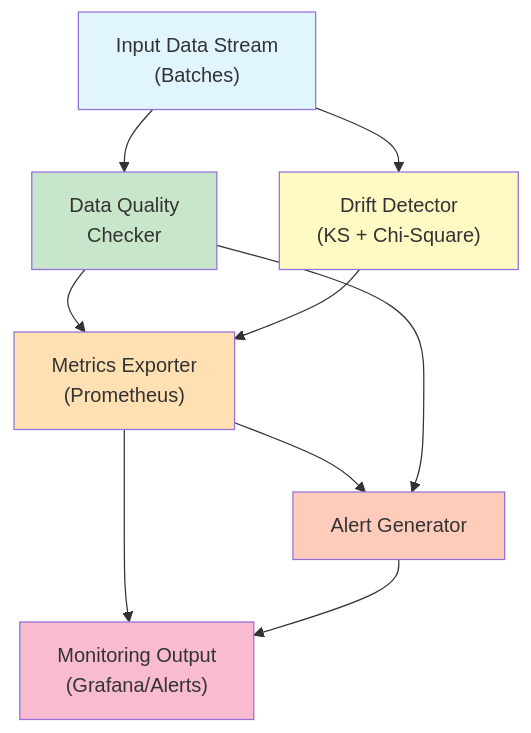
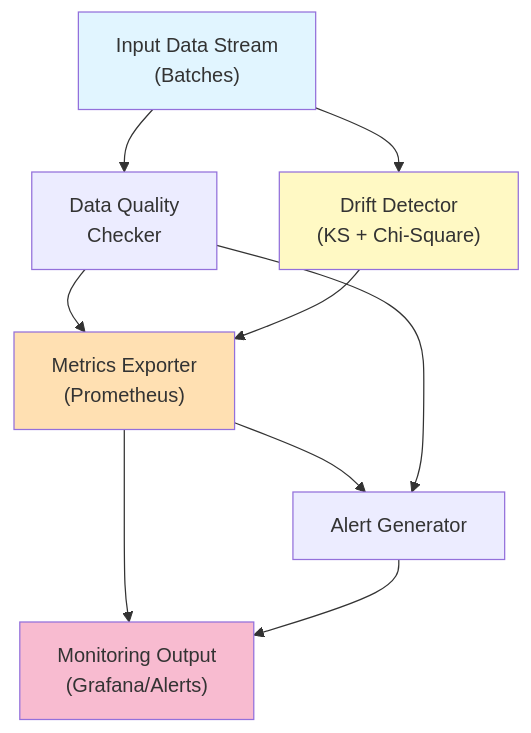
One commit to jrajath94/data-pipeline-monitor changed the diagram in README.md. Above: the diagram before and after it, drawn with Mermaid. The commit also changed other lines of this file, not shown here.

````diff
--- a/README.md
+++ b/README.md
@@ -13,25 +33,16 @@
 ```mermaid
 graph TD
-    A["Input Data Stream<br/>(Batches)"]
-    B["Data Quality<br/>Checker"]
-    C["Drift Detector<br/>(KS + Chi-Square)"]
-    D["Metrics Exporter<br/>(Prometheus)"]
-    E["Alert Generator"]
-    F["Monitoring Output<br/>(Grafana/Alerts)"]
-
-    A --> B
-    A --> C
-    B --> D
+    A["Input Data Stream<br/>(Batches)"] --> B["Data Quality<br/>Checker"]
+    A --> C["Drift Detector<br/>(KS + Chi-Square)"]
+    B --> D["Metrics Exporter<br/>(Prometheus)"]
     C --> D
-    D --> E
+    D --> E["Alert Generator"]
     B --> E
-    D --> F
+    D --> F["Monitoring Output<br/>(Grafana/Alerts)"]
     E --> F
 
     style A fill:#e1f5ff
-    style B fill:#c8e6c9
     style C fill:#fff9c4
     style D fill:#ffe0b2
-    style E fill:#ffccbc
     style F fill:#f8bbd0
 ```
````
